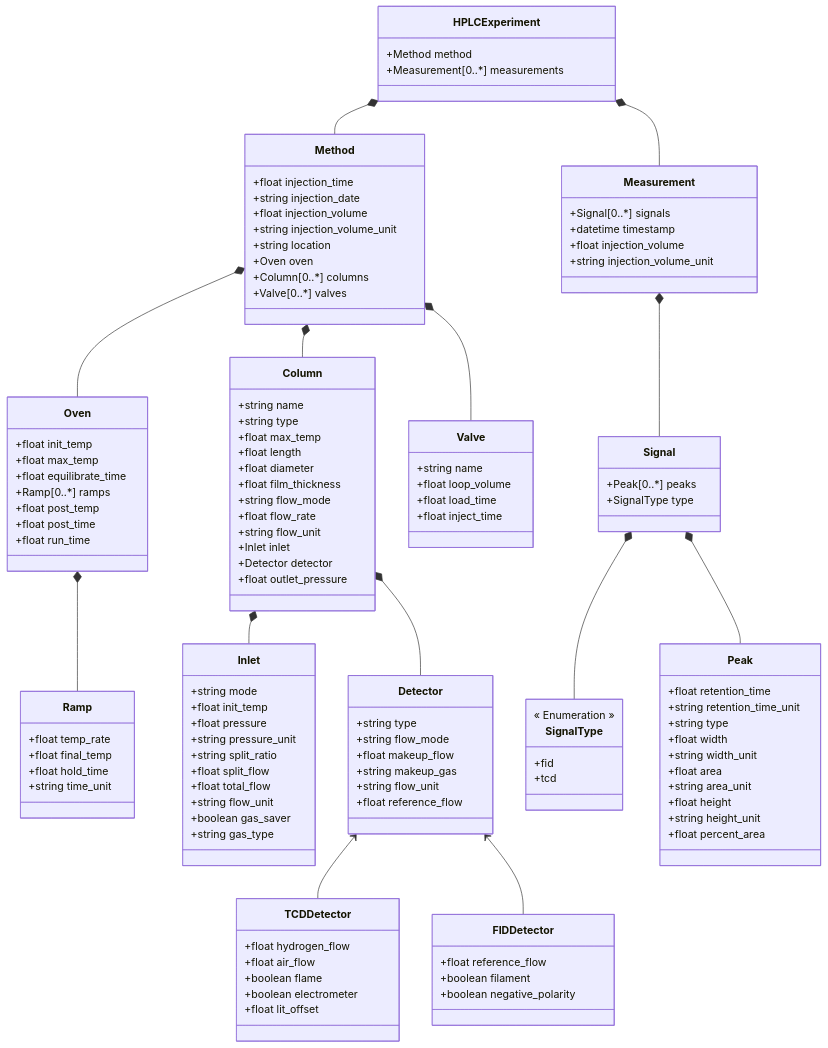
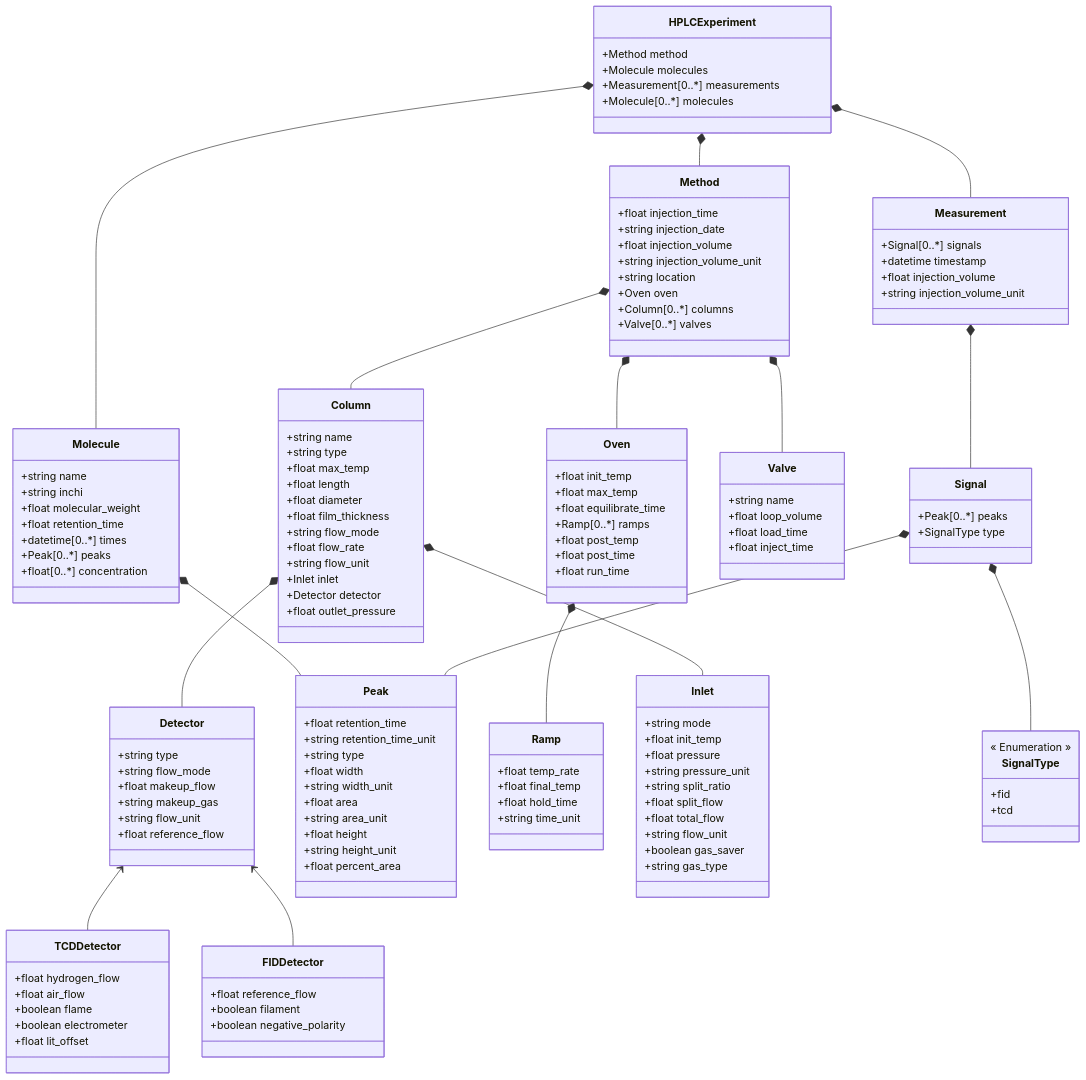
Before and after one commit to FAIRChemistry/chromatopy: the diagram in HPLC/schemes/hplc_schema.md, drawn with Mermaid. The commit also changed 2 other files, not shown here.

Commit message:
new hplcanalyzer class for conc calculation

```diff
--- a/HPLC/schemes/hplc_schema.md
+++ b/HPLC/schemes/hplc_schema.md
@@ -2,8 +2,10 @@
 classDiagram
     Detector <-- TCDDetector
     Detector <-- FIDDetector
+    HPLCExperiment *-- Molecule
     HPLCExperiment *-- Method
     HPLCExperiment *-- Measurement
+    Molecule *-- Peak
     Method *-- Oven
     Method *-- Column
     Method *-- Valve
@@ -16,7 +18,19 @@
     
     class HPLCExperiment {
         +Method method
+        +Molecule molecules
         +Measurement[0..*] measurements
+        +Molecule[0..*] molecules
+    }
+    
+    class Molecule {
+        +string name
+        +string inchi
+        +float molecular_weight
+        +float retention_time
+        +datetime[0..*] times
+        +Peak[0..*] peaks
+        +float[0..*] concentration
     }
     
     class Method {
```
